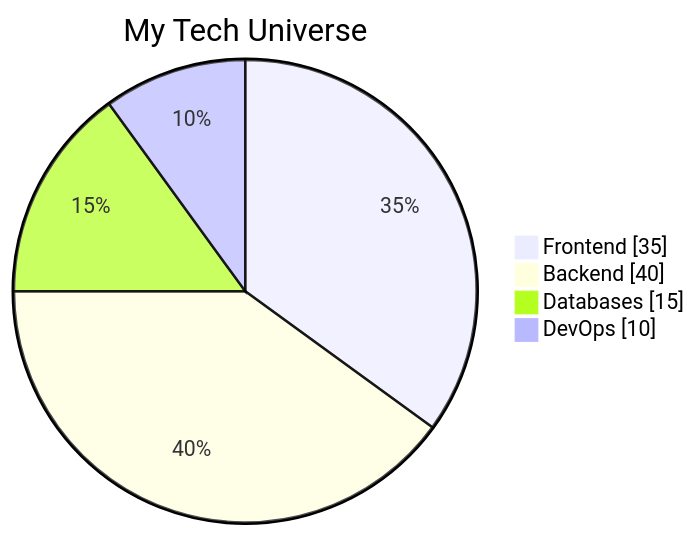
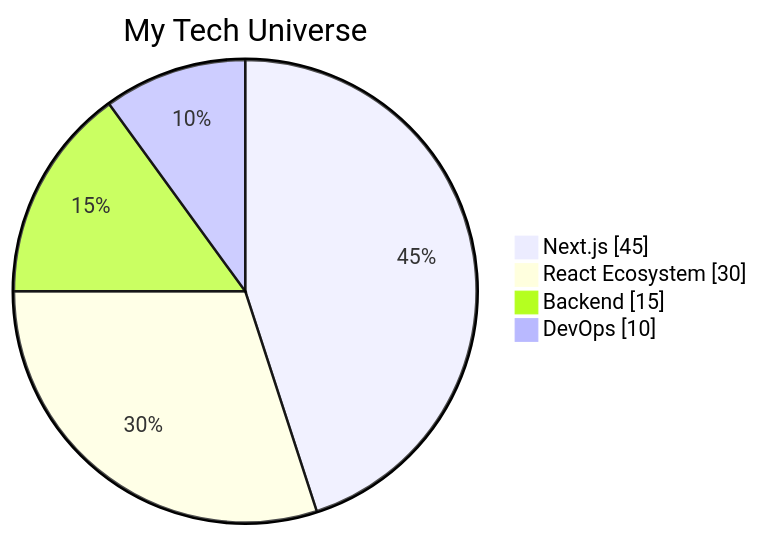
The diagram in README.md (siyamregn777/siyamregn777), drawn with Mermaid before and after one commit. The commit also changed other lines of this file, not shown here.

````diff
--- a/README.md
+++ b/README.md
@@ -42,8 +42,8 @@
 ```mermaid
 pie showData
     title My Tech Universe
-    "Frontend" : 35
-    "Backend" : 40
-    "Databases" : 15
+    "Next.js" : 45
+    "React Ecosystem" : 30
+    "Backend" : 15
     "DevOps" : 10
 ```
````
